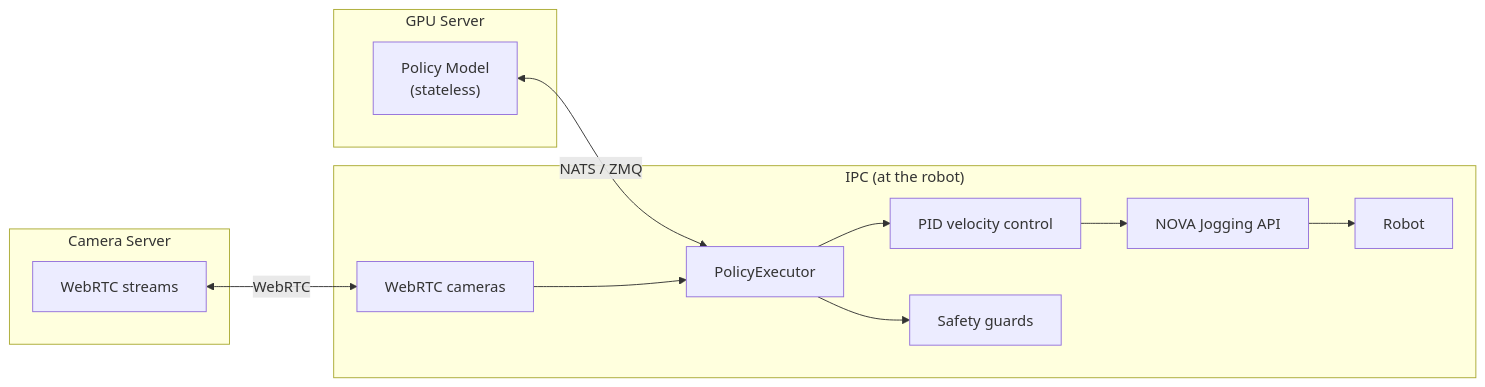
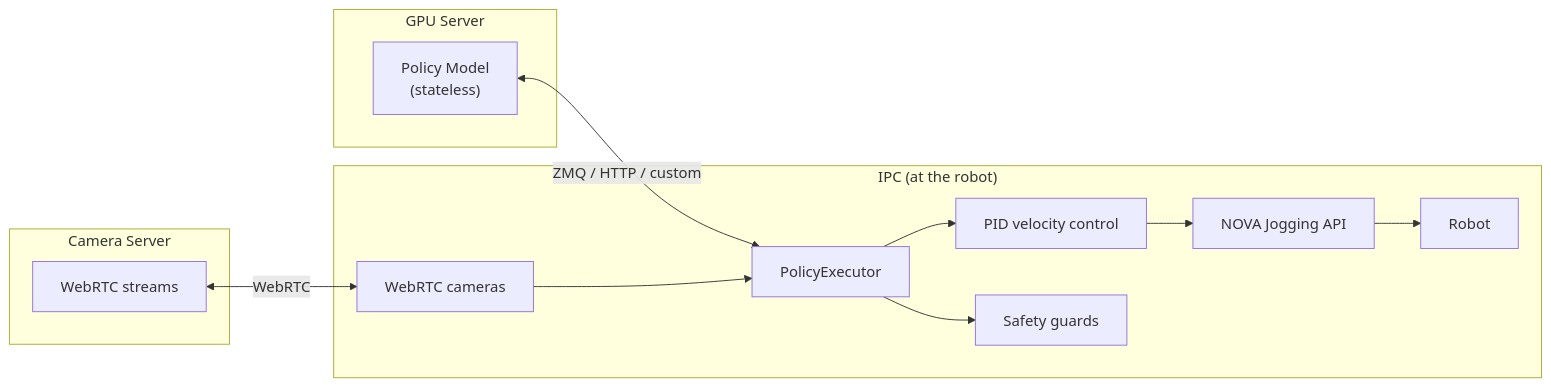
Before and after one commit to wandelbotsgmbh/wandelbots-nova: the first of 2 diagrams in policy/README.md, drawn with Mermaid. The commit also changed other lines of this file and 88 other files, not shown here.

````diff
--- a/policy/README.md
+++ b/policy/README.md
@@ -13,25 +13,25 @@
 ```mermaid
 flowchart LR
     subgraph GPU["GPU Server"]
         Policy["Policy Model\n(stateless)"]
     end
 
     subgraph IPC["IPC (at the robot)"]
         Executor["PolicyExecutor"]
         PID["PID velocity control"]
         Safety["Safety guards"]
         Cameras["WebRTC cameras"]
         Jogging["NOVA Jogging API"]
         Robot["Robot"]
     end
 
     subgraph CamServer["Camera Server"]
         WebRTC["WebRTC streams"]
     end
 
-    Policy <-->|"NATS / ZMQ"| Executor
+    Policy <-->|"ZMQ / HTTP / custom"| Executor
     WebRTC <-->|"WebRTC"| Cameras
     Executor --> PID --> Jogging --> Robot
     Executor --> Safety
     Cameras --> Executor
 ```
````
